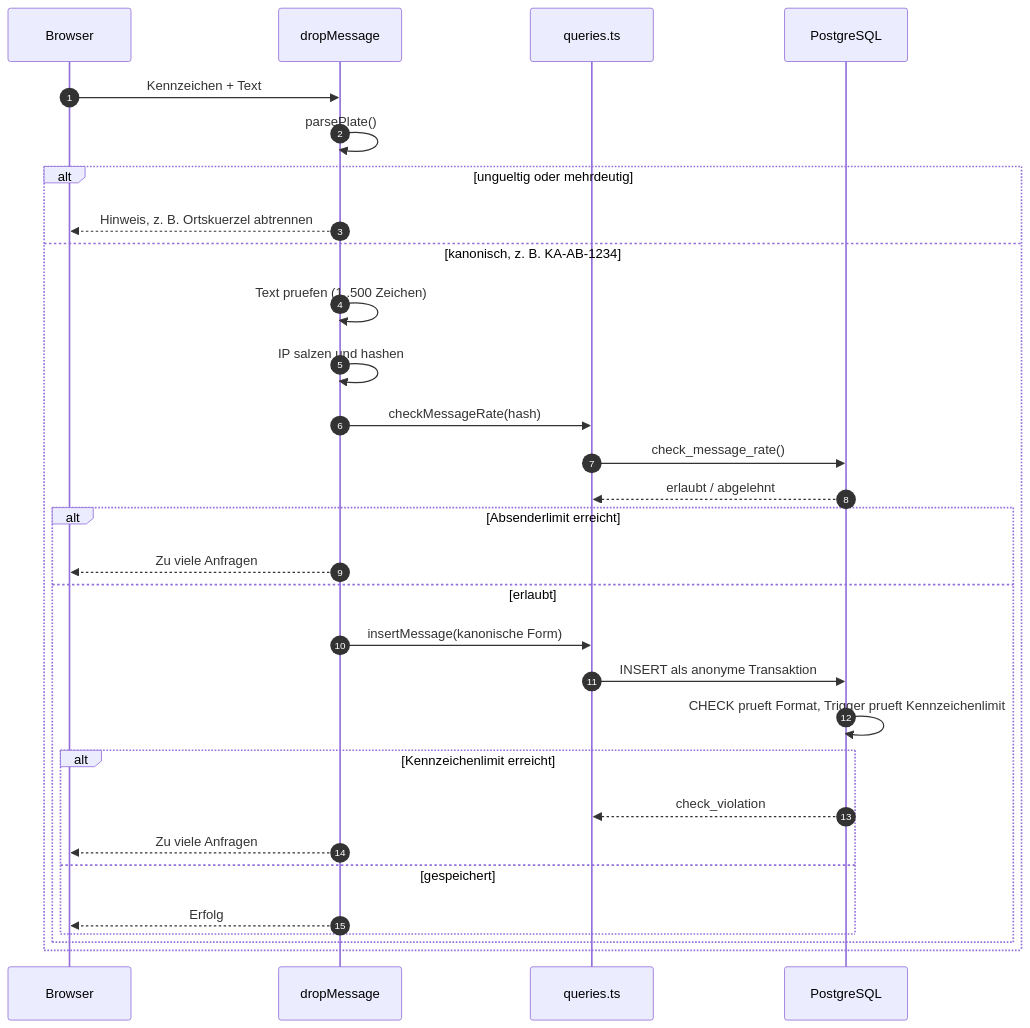
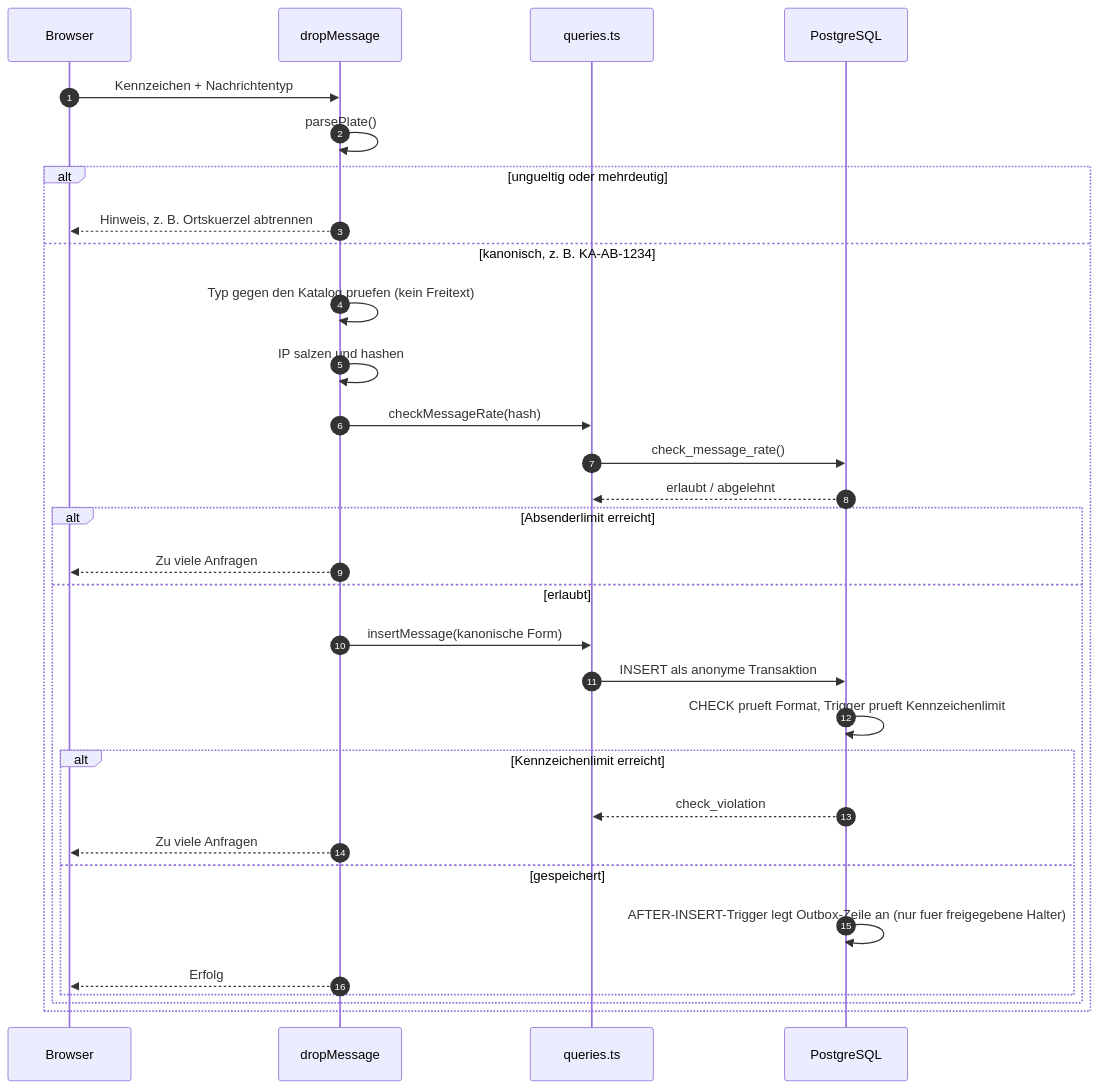
Before and after one commit to mariushuck/PlateDrop: the fourth of 9 diagrams in docs/architecture.md, drawn with Mermaid. The commit also changed other lines of this file and 41 other files, not shown here.

````diff
--- a/docs/architecture.md
+++ b/docs/architecture.md
@@ -466,33 +502,34 @@
 ```mermaid
 sequenceDiagram
     autonumber
     participant B as Browser
     participant A as dropMessage
     participant Q as queries.ts
     participant DB as PostgreSQL
 
-    B->>A: Kennzeichen + Text
+    B->>A: Kennzeichen + Nachrichtentyp
     A->>A: parsePlate()
     alt ungueltig oder mehrdeutig
         A-->>B: Hinweis, z. B. Ortskuerzel abtrennen
     else kanonisch, z. B. KA-AB-1234
-        A->>A: Text pruefen (1..500 Zeichen)
+        A->>A: Typ gegen den Katalog pruefen (kein Freitext)
         A->>A: IP salzen und hashen
         A->>Q: checkMessageRate(hash)
         Q->>DB: check_message_rate()
         DB-->>Q: erlaubt / abgelehnt
         alt Absenderlimit erreicht
             A-->>B: Zu viele Anfragen
         else erlaubt
             A->>Q: insertMessage(kanonische Form)
             Q->>DB: INSERT als anonyme Transaktion
             DB->>DB: CHECK prueft Format, Trigger prueft Kennzeichenlimit
             alt Kennzeichenlimit erreicht
                 DB-->>Q: check_violation
                 A-->>B: Zu viele Anfragen
             else gespeichert
+                DB->>DB: AFTER-INSERT-Trigger legt Outbox-Zeile an (nur fuer freigegebene Halter)
                 A-->>B: Erfolg
             end
         end
     end
 ```
````
